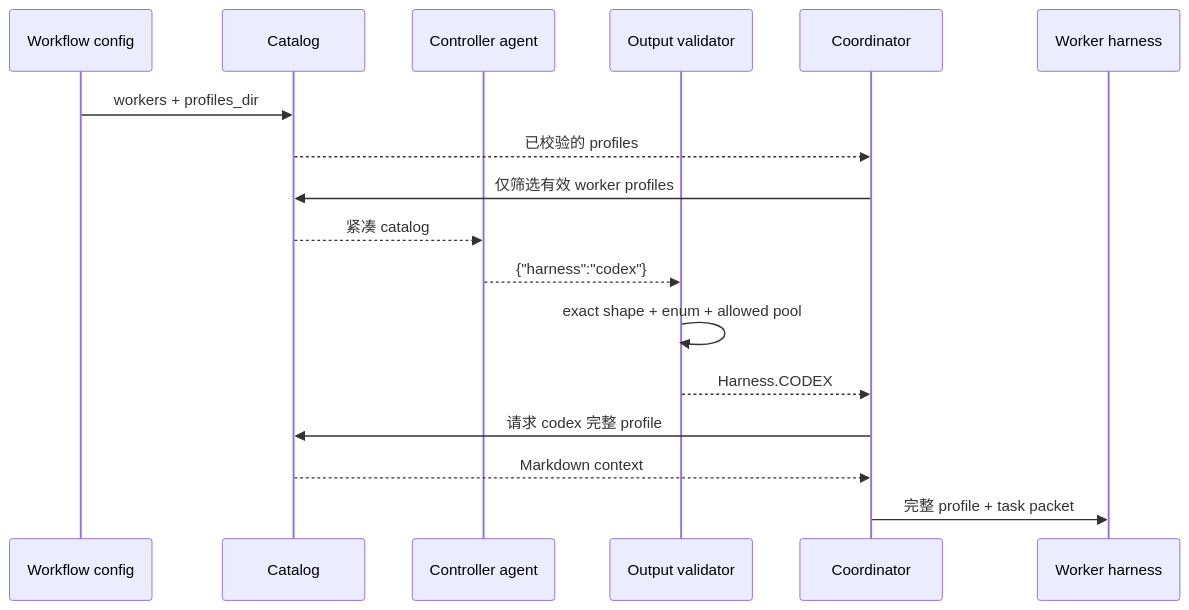
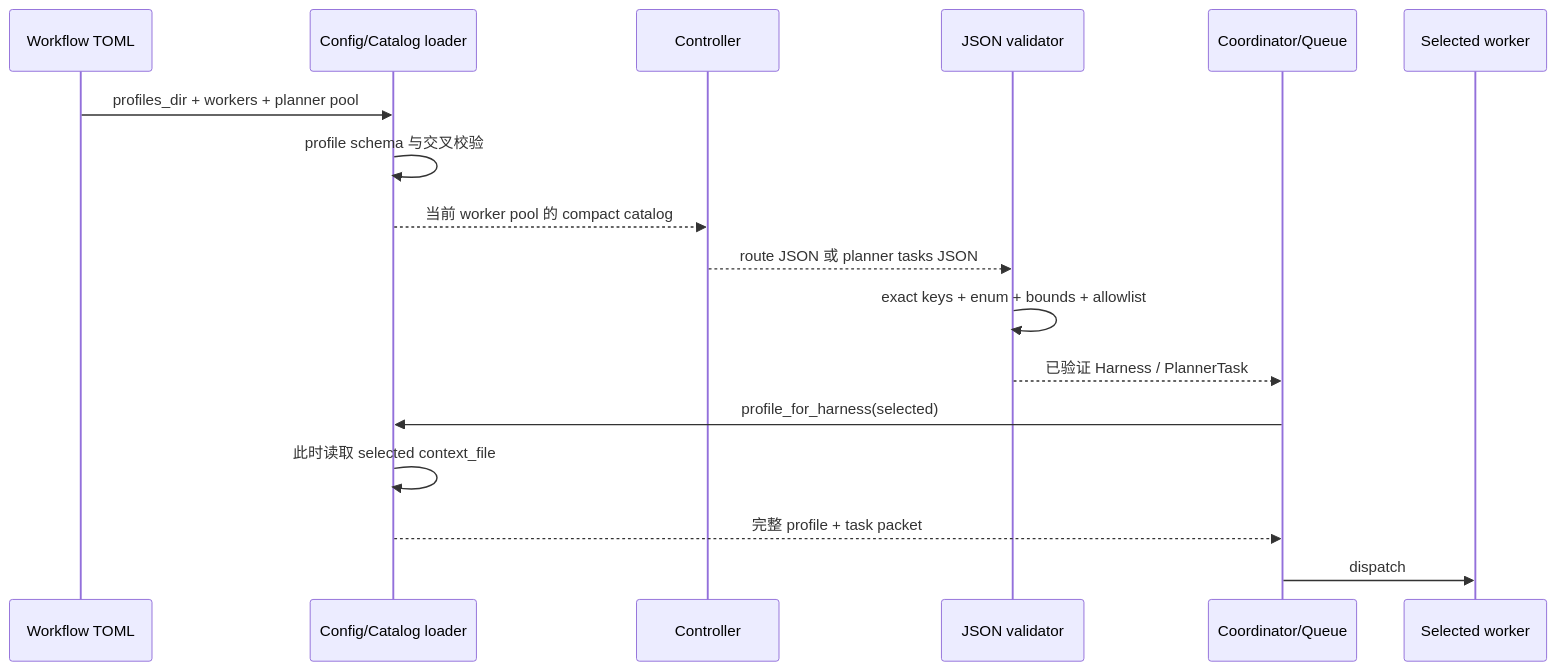
Before and after one commit to oldwinter/herdr-orchestrator: the diagram in droid-wiki/systems/catalog-and-routing.md, drawn with Mermaid. The commit also changed other lines of this file and 62 other files, not shown here.

````diff
--- a/droid-wiki/systems/catalog-and-routing.md
+++ b/droid-wiki/systems/catalog-and-routing.md
@@ -50,20 +51,20 @@
 ```mermaid
 sequenceDiagram
-    participant W as Workflow config
-    participant C as Catalog
-    participant O as Controller agent
-    participant V as Output validator
-    participant Q as Coordinator
-    participant H as Worker harness
+    participant T as Workflow TOML
+    participant L as Config/Catalog loader
+    participant C as Controller
+    participant V as JSON validator
+    participant Q as Coordinator/Queue
+    participant W as Selected worker
 
-    W->>C: workers + profiles_dir
-    C-->>Q: 已校验的 profiles
-    Q->>C: 仅筛选有效 worker profiles
-    C-->>O: 紧凑 catalog
-    O-->>V: {"harness":"codex"}
-    V->>V: exact shape + enum + allowed pool
-    V-->>Q: Harness.CODEX
-    Q->>C: 请求 codex 完整 profile
-    C-->>Q: Markdown context
-    Q->>H: 完整 profile + task packet
+    T->>L: profiles_dir + workers + planner pool
+    L->>L: profile schema 与交叉校验
+    L-->>C: 当前 worker pool 的 compact catalog
+    C-->>V: route JSON 或 planner tasks JSON
+    V->>V: exact keys + enum + bounds + allowlist
+    V-->>Q: 已验证 Harness / PlannerTask
+    Q->>L: profile_for_harness(selected)
+    L->>L: 此时读取 selected context_file
+    L-->>Q: 完整 profile + task packet
+    Q->>W: dispatch
 ```
````
